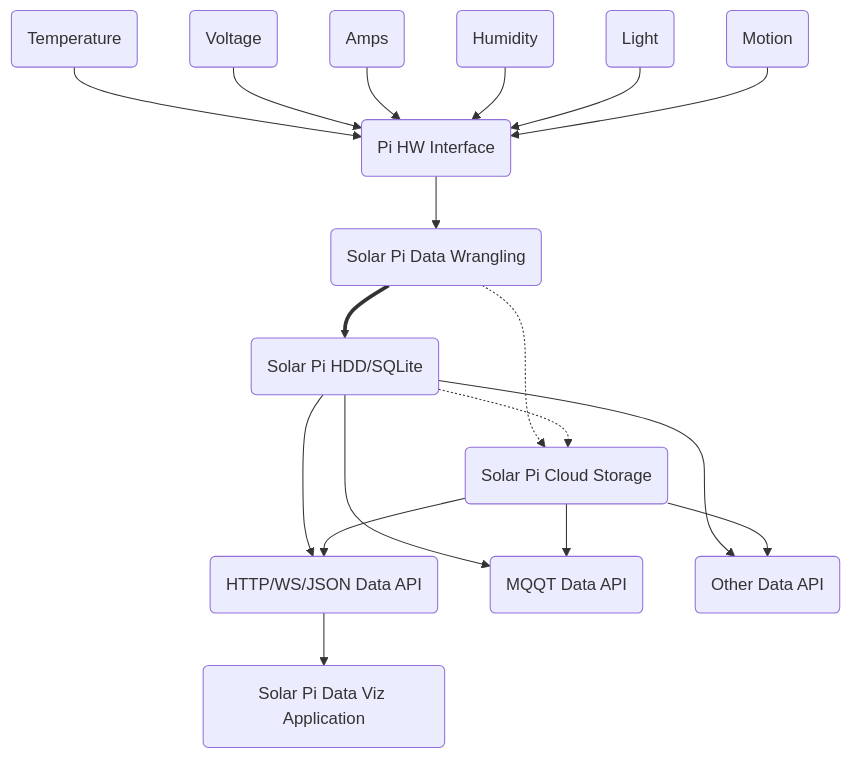
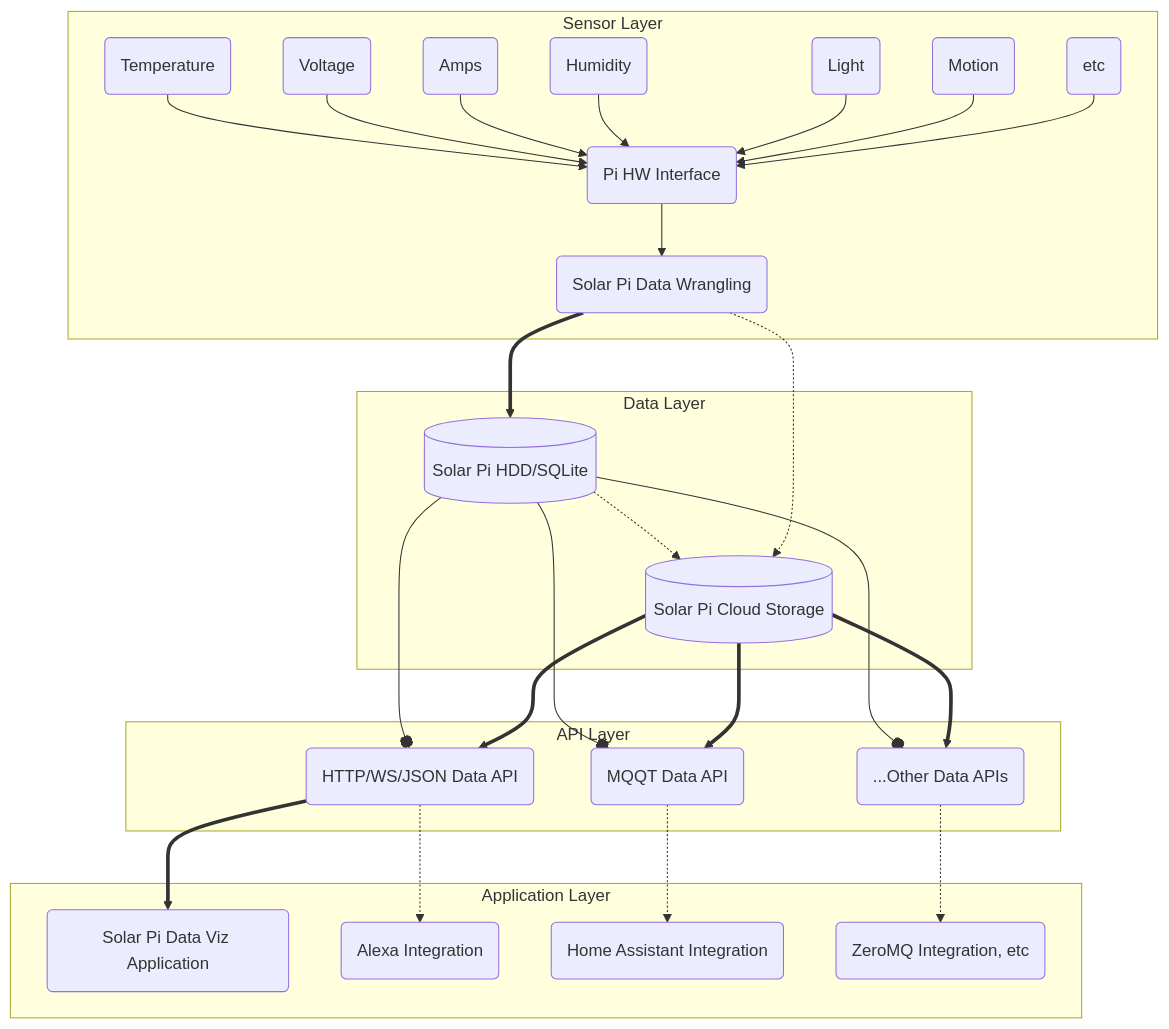
The second of 2 diagrams in README.md (ericdmoore/solar-pi), drawn with Mermaid before and after one commit. The commit also changed other lines of this file, not shown here.

````diff
--- a/README.md
+++ b/README.md
@@ -169,20 +167,35 @@
 ```mermaid
   graph TD;
-      Sensor1(Temperature)-->HWIntf
-      Sensor2(Voltage)-->HWIntf
-      Sensor3(Amps)-->HWIntf
-      Sensor4(Humidity)-->HWIntf
-      Sensor5(Light)-->HWIntf
-      Sensor6(Motion)-->HWIntf
-      HWIntf(Pi HW Interface)-->solDataWrangle(Solar Pi Data Wrangling)
-      solDataWrangle==>solStorageLocal(Solar Pi HDD/SQLite)
-      solDataWrangle-.->solCloudStorage(Solar Pi Cloud Storage)
-      solStorageLocal-.->solCloudStorage
-      solStorageLocal-->ApiIntf1(HTTP/WS/JSON Data API)
-      solCloudStorage-->ApiIntf1
-      solStorageLocal-->ApiIntf2(MQQT Data API)
-      solCloudStorage-->ApiIntf2
-      solStorageLocal-->ApiIntfN(Other Data API)
-      solCloudStorage-->ApiIntfN
-      ApiIntf1-->solVizApp(Solar Pi Data Viz Application)
+      subgraph sensors [Sensor Layer]
+        Sensor1(Temperature)-->HWIntf
+        Sensor2(Voltage)-->HWIntf
+        Sensor3(Amps)-->HWIntf
+        Sensor4(Humidity)-->HWIntf
+        Sensor5(Light)-->HWIntf
+        Sensor6(Motion)-->HWIntf
+        Sensor7(etc)-->HWIntf  
+        HWIntf(Pi HW Interface)-->solDataWrangle(Solar Pi Data Wrangling)
+      end
+
+      subgraph data [Data Layer]
+        solDataWrangle==>solLocalStorage[(Solar Pi HDD/SQLite)]
+        solLocalStorage-.->solCloudStorage
+        solDataWrangle-.->solCloudStorage[(Solar Pi Cloud Storage)]
+      end
+
+      subgraph api [API Layer]
+        solLocalStorage--oApiIntf1(HTTP/WS/JSON Data API)
+        solCloudStorage==>ApiIntf1
+        solLocalStorage--oApiIntf2(MQQT Data API)
+        solCloudStorage==>ApiIntf2
+        solLocalStorage--oApiIntfN(...Other Data APIs)
+        solCloudStorage==>ApiIntfN
+      end
+
+      subgraph apps [Application Layer]
+        ApiIntf1==>solVizApp(Solar Pi Data Viz Application)
+        ApiIntf1-.->alexaApp(Alexa Integration)
+        ApiIntf2-.->homeAssistant(Home Assistant Integration)
+        ApiIntfN-.->zmq(ZeroMQ Integration, etc)
+      end  
 ```
````
